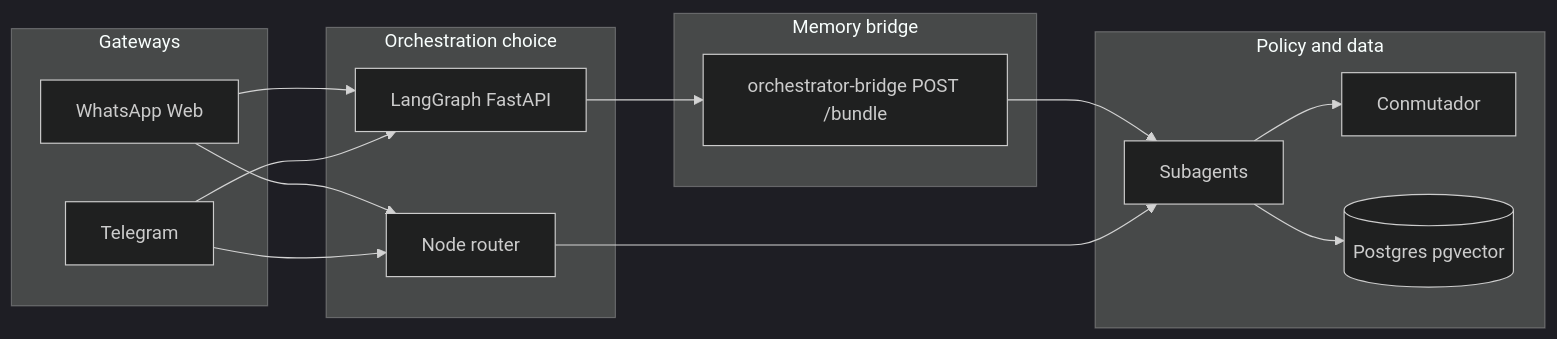
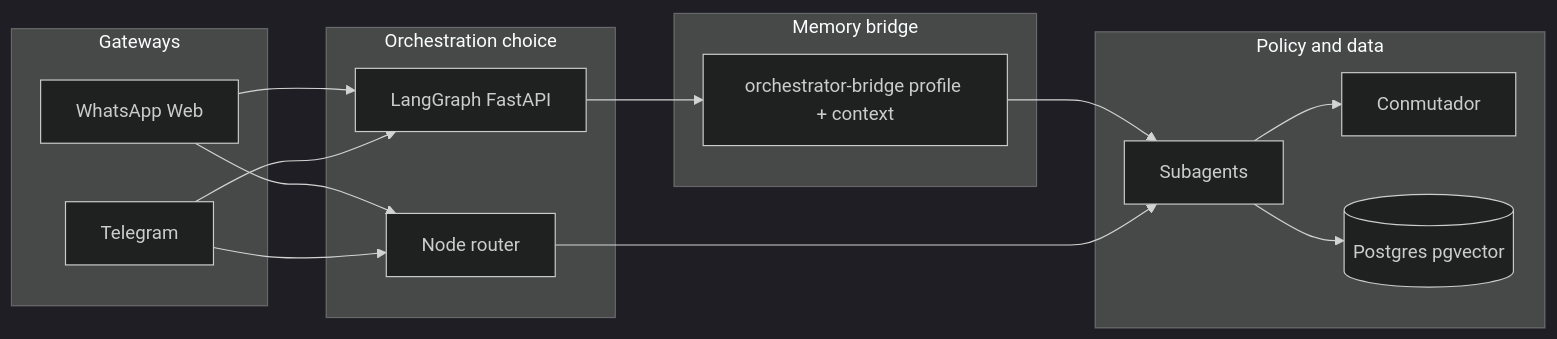
Before and after one commit to ariutokintumi/IAldea-org: the first of 2 diagrams in README.md, drawn with Mermaid (dark theme). The commit also changed other lines of this file and 13 other files, not shown here.

````diff
--- a/README.md
+++ b/README.md
@@ -218,32 +220,32 @@
 ```mermaid
 flowchart LR
   subgraph channels [Gateways]
     WA[WhatsApp Web]
     TG[Telegram]
   end
 
   subgraph orch [Orchestration choice]
     LG[LangGraph FastAPI]
     RT[Node router]
   end
 
   subgraph bridge [Memory bridge]
-    OB[orchestrator-bridge POST /bundle]
+    OB[orchestrator-bridge profile + context]
   end
 
   subgraph core [Policy and data]
     CM[Conmutador]
     DB[(Postgres pgvector)]
     SA[Subagents]
   end
 
   WA --> LG
   TG --> LG
   WA --> RT
   TG --> RT
   LG --> OB
   OB --> SA
   RT --> SA
   SA --> CM
   SA --> DB
 ```
````
